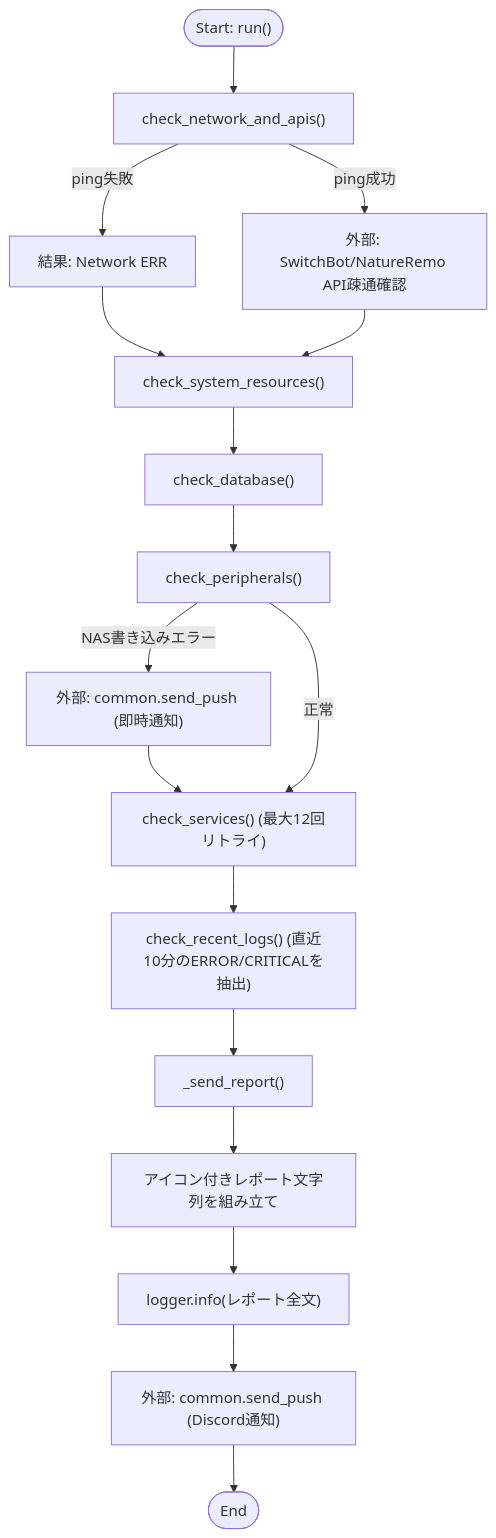
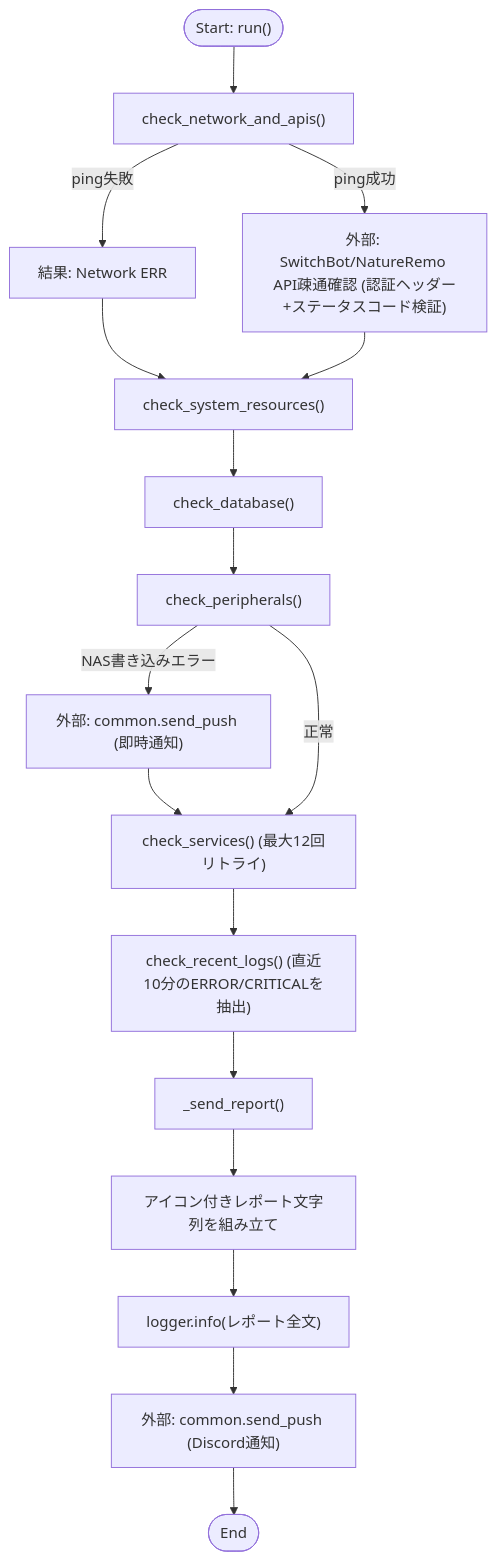
The first of 2 diagrams in docs/specifications/MY_HOME_SYSTEM/post_boot_health_check.md (mmtigers/my_python_project), drawn with Mermaid before and after one commit. The commit also changed other lines of this file and 1 other file, not shown here.

First line of the commit message:
docs(仕様書): config.py/post_boot_health_check.pyの仕様書ドリフトを解消

````diff
--- a/docs/specifications/MY_HOME_SYSTEM/post_boot_health_check.md
+++ b/docs/specifications/MY_HOME_SYSTEM/post_boot_health_check.md
@@ -455,19 +456,19 @@
 ```mermaid
 flowchart TD
     Start(["Start: run()"]) --> NetCheck["check_network_and_apis()"]
     NetCheck -- ping失敗 --> ResNet["結果: Network ERR"] --> SysCheck
-    NetCheck -- ping成功 --> APICheck["外部: SwitchBot/NatureRemo API疎通確認"] --> SysCheck["check_system_resources()"]
+    NetCheck -- ping成功 --> APICheck["外部: SwitchBot/NatureRemo API疎通確認 (認証ヘッダー+ステータスコード検証)"] --> SysCheck["check_system_resources()"]
 
     SysCheck --> DBCheck["check_database()"]
     DBCheck --> PeriphCheck["check_peripherals()"]
     PeriphCheck -- NAS書き込みエラー --> ImmediateNotify["外部: common.send_push (即時通知)"]
     ImmediateNotify --> SvcCheck
     PeriphCheck -- 正常 --> SvcCheck["check_services() (最大12回リトライ)"]
 
     SvcCheck --> LogCheck["check_recent_logs() (直近10分のERROR/CRITICALを抽出)"]
     LogCheck --> SendReport["_send_report()"]
     SendReport --> BuildMsg["アイコン付きレポート文字列を組み立て"]
     BuildMsg --> LogInfo["logger.info(レポート全文)"]
     LogInfo --> Notify["外部: common.send_push (Discord通知)"]
     Notify --> End(["End"])
 ```
````
